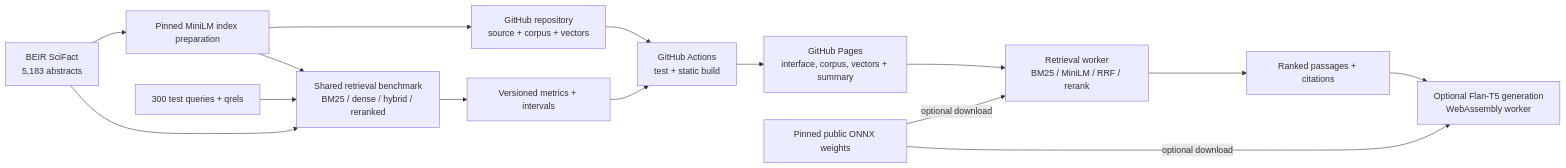
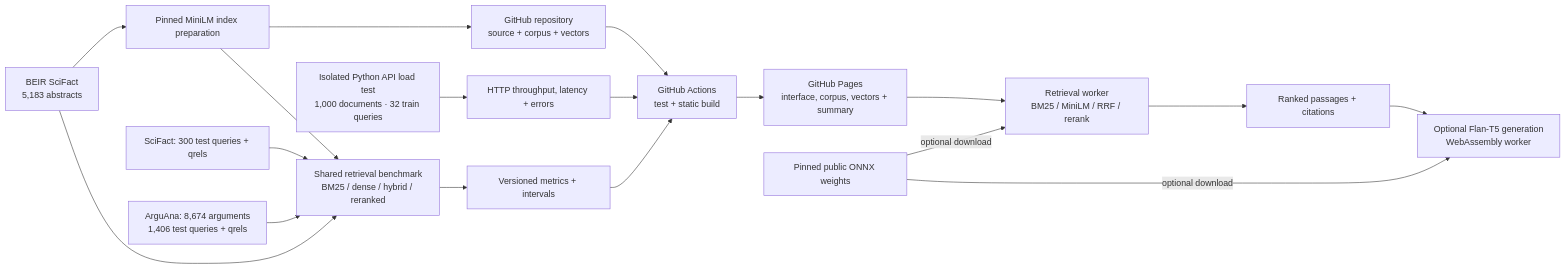
Before and after one commit to Sashankpotluru/RAGForge: the first of 2 diagrams in docs/architecture.md, drawn with Mermaid. The commit also changed other lines of this file and 10 other files, not shown here.

Commit message:
Document two-dataset retrieval and measured API capacity

````diff
--- a/docs/architecture.md
+++ b/docs/architecture.md
@@ -24,17 +33,20 @@
 ```mermaid
 flowchart LR
     data["BEIR SciFact<br/>5,183 abstracts"] --> prep["Pinned MiniLM index preparation"]
     prep --> repo["GitHub repository<br/>source + corpus + vectors"]
     data --> eval["Shared retrieval benchmark<br/>BM25 / dense / hybrid / reranked"]
     prep --> eval
-    labels["300 test queries + qrels"] --> eval
+    labels["SciFact: 300 test queries + qrels"] --> eval
+    arguana["ArguAna: 8,674 arguments<br/>1,406 test queries + qrels"] --> eval
     eval --> results["Versioned metrics + intervals"]
+    load["Isolated Python API load test<br/>1,000 documents · 32 train queries"] --> capacity["HTTP throughput, latency + errors"]
+    capacity --> ci
     repo --> ci["GitHub Actions<br/>test + static build"]
     results --> ci
     ci --> pages["GitHub Pages<br/>interface, corpus, vectors + summary"]
     pages --> browser["Retrieval worker<br/>BM25 / MiniLM / RRF / rerank"]
     models["Pinned public ONNX weights"] -->|optional download| browser
     browser --> evidence["Ranked passages + citations"]
     evidence --> model["Optional Flan-T5 generation<br/>WebAssembly worker"]
     models -->|optional download| model
 ```
````
